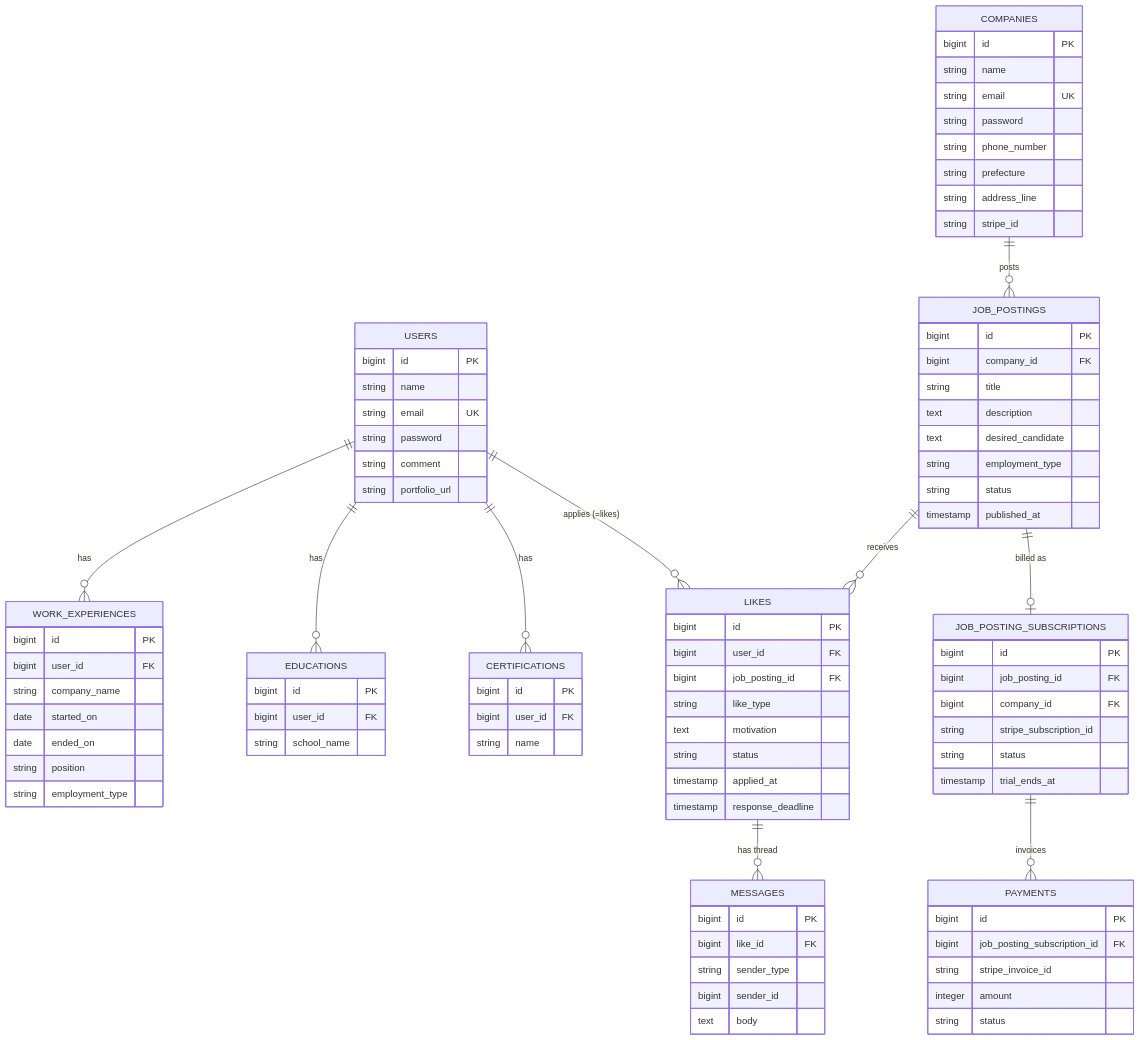
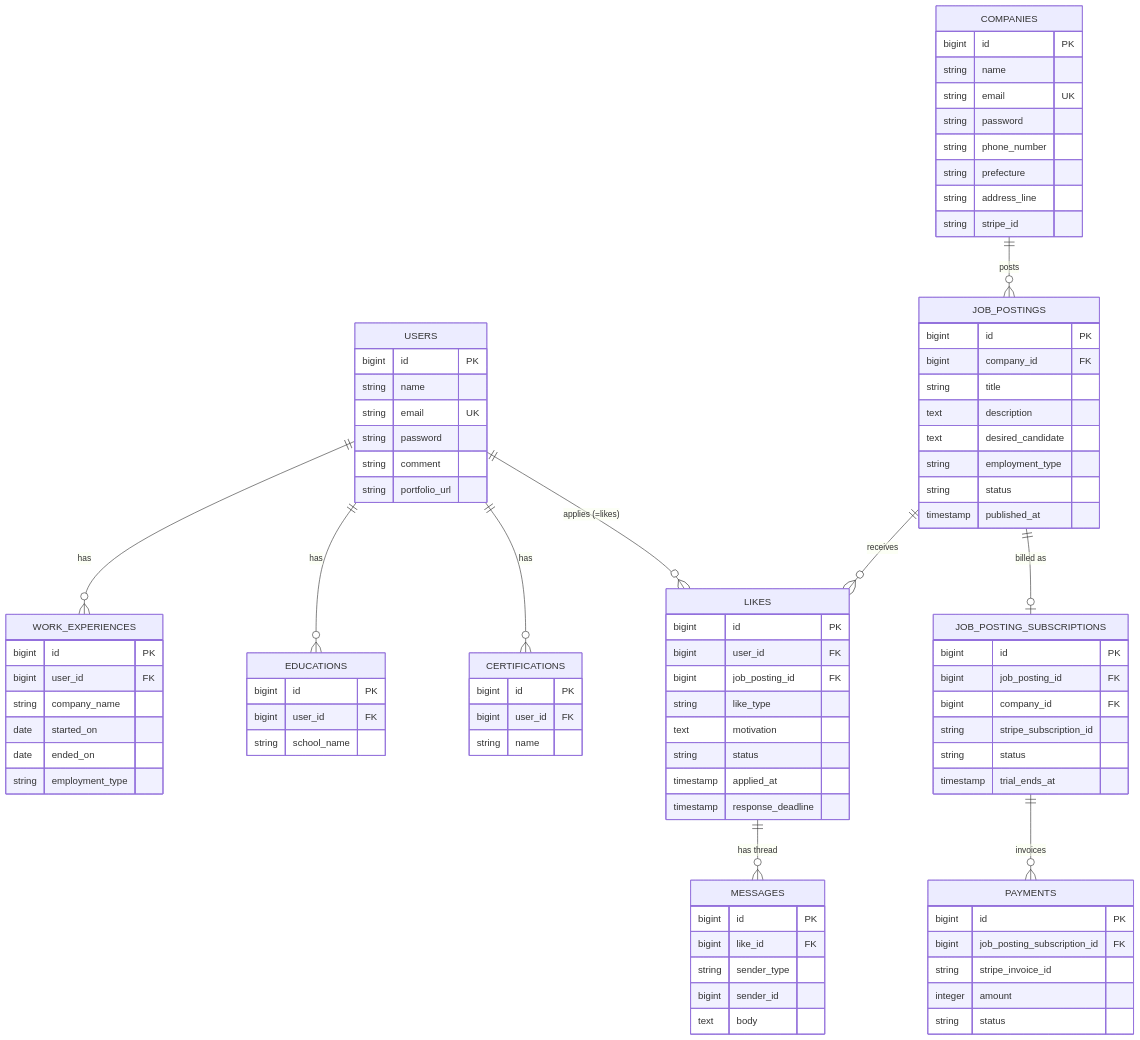
One commit to kabochan73/Match2 changed the diagram in DB_DESIGN.md. Above: the diagram before and after it, drawn with Mermaid. The commit also changed other lines of this file and 14 other files, not shown here.

```diff
--- a/DB_DESIGN.md
+++ b/DB_DESIGN.md
@@ -52,7 +52,6 @@
         string company_name
         date started_on
         date ended_on
-        string position
         string employment_type
     }
     EDUCATIONS {
```
